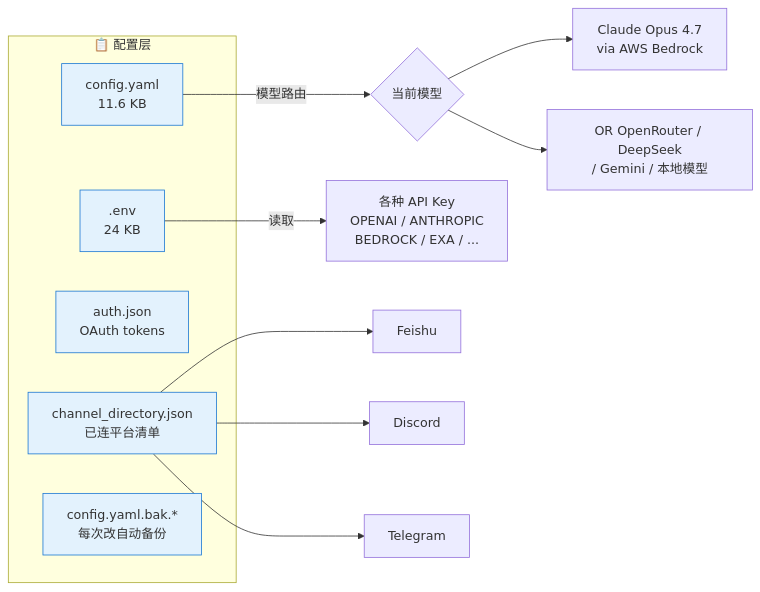
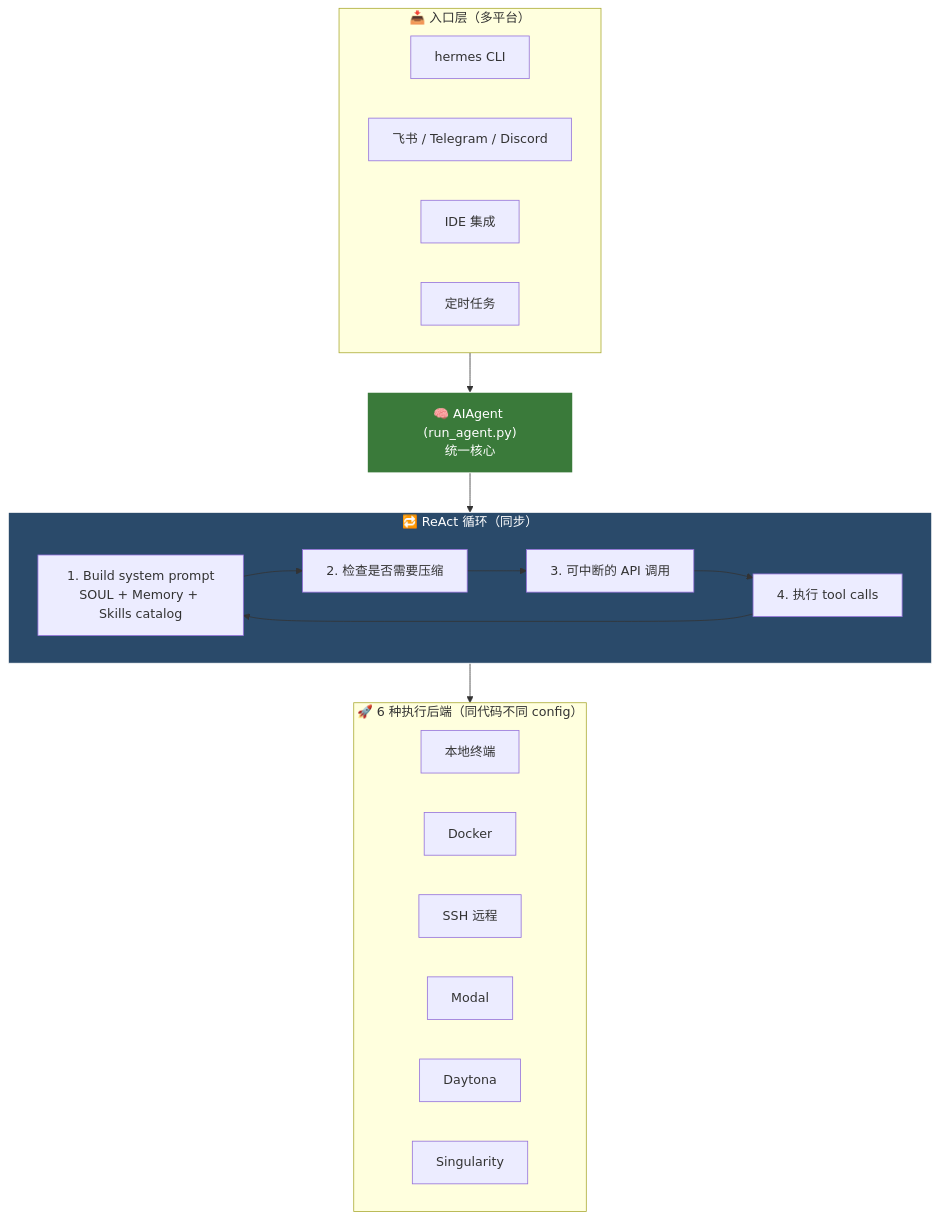
The first of 6 diagrams in docs/tech/hermes-architecture.md (ihoooohi/garden), drawn with Mermaid before and after one commit. The commit also changed other lines of this file, not shown here.

First line of the commit message:
♻️ 重写 Hermes 架构图解：基于 Akshay Pachaar Masterclass

````diff
--- a/docs/tech/hermes-architecture.md
+++ b/docs/tech/hermes-architecture.md
@@ -158,23 +68,37 @@
 ```mermaid
-graph LR
-    subgraph CFG["📋 配置层"]
-        Config[config.yaml<br/>11.6 KB]
-        Env[.env<br/>24 KB]
-        Auth[auth.json<br/>OAuth tokens]
-        Channel[channel_directory.json<br/>已连平台清单]
-        Backup[config.yaml.bak.*<br/>每次改自动备份]
+graph TB
+    subgraph entries["📥 入口层（多平台）"]
+        CLI[hermes CLI]
+        MSG[飞书 / Telegram / Discord]
+        IDE[IDE 集成]
+        CRON[定时任务]
     end
 
-    Config --> |"模型路由"| ModelChoice{当前模型}
-    ModelChoice --> Bedrock[Claude Opus 4.7<br/>via AWS Bedrock]
-    ModelChoice --> Other[OR OpenRouter / DeepSeek<br/>/ Gemini / 本地模型]
+    AGENT["🧠 AIAgent (run_agent.py)<br/>统一核心"]
 
-    Env --> |"读取"| ApiKeys[各种 API Key<br/>OPENAI / ANTHROPIC<br/>BEDROCK / EXA / ...]
+    entries --> AGENT
 
-    Channel --> Feishu[Feishu]
-    Channel --> Discord[Discord]
-    Channel --> Telegram[Telegram]
+    subgraph loop["🔁 ReAct 循环（同步）"]
+        BUILD["1. Build system prompt<br/>SOUL + Memory + Skills catalog"]
+        COMPRESS["2. 检查是否需要压缩"]
+        CALL["3. 可中断的 API 调用"]
+        TOOLS["4. 执行 tool calls"]
+        BUILD --> COMPRESS --> CALL --> TOOLS --> BUILD
+    end
 
-    classDef file fill:#e3f2fd,stroke:#1976d2
-    class Config,Env,Auth,Channel,Backup file
+    AGENT --> loop
+
+    subgraph backends["🚀 6 种执行后端（同代码不同 config）"]
+        LOCAL[本地终端]
+        DOCKER[Docker]
+        SSH[SSH 远程]
+        MODAL[Modal]
+        DAYTONA[Daytona]
+        SING[Singularity]
+    end
+
+    loop --> backends
+
+    style AGENT fill:#3a7a3a,stroke:#fff,color:#fff
+    style loop fill:#2a4a6a,stroke:#fff,color:#fff
 ```
````
